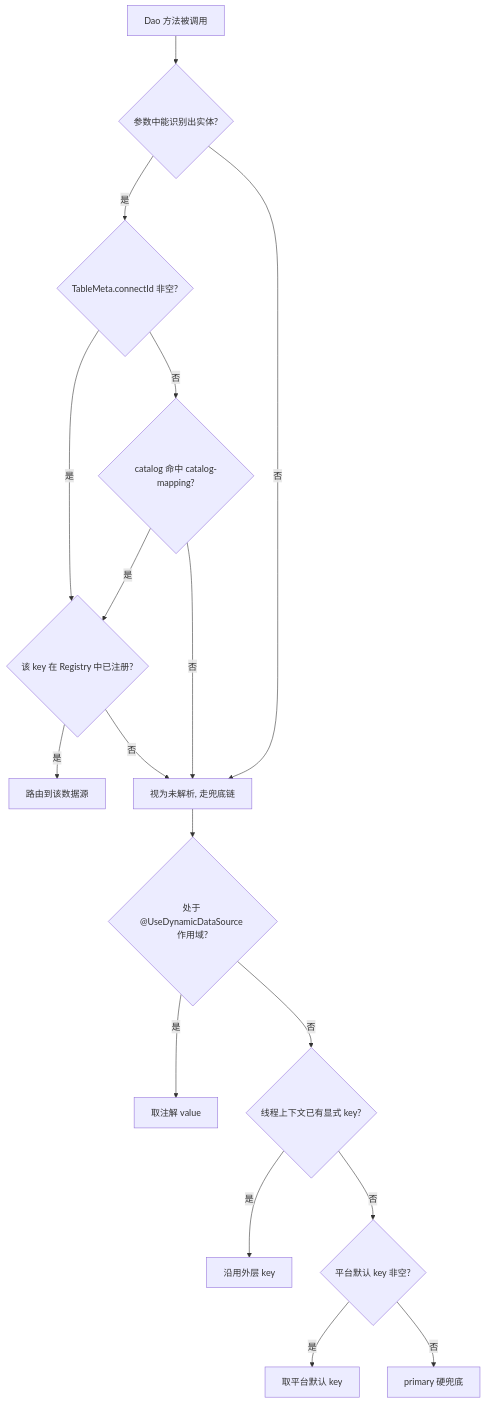
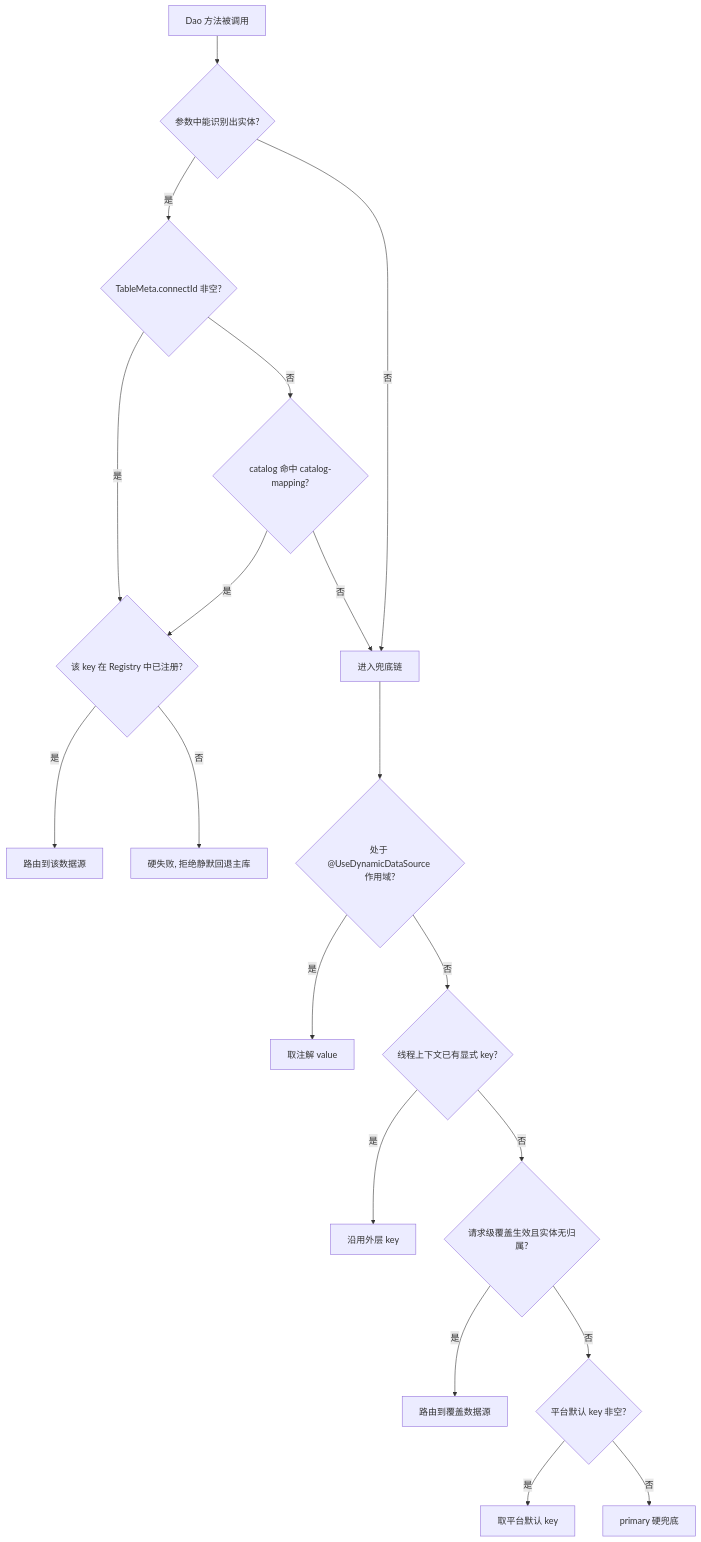
The diagram in website/official-docs/zh-cn/dynamic-datasource/entity-binding.md (geelato-projects/geelato-community-backend), drawn with Mermaid before and after one commit. The commit also changed other lines of this file and 42 other files, not shown here.

````diff
--- a/website/official-docs/zh-cn/dynamic-datasource/entity-binding.md
+++ b/website/official-docs/zh-cn/dynamic-datasource/entity-binding.md
@@ -144,19 +149,21 @@
 ```mermaid
 flowchart TD
     A[Dao 方法被调用] --> B{参数中能识别出实体?}
     B -- 是 --> C{TableMeta.connectId 非空?}
     C -- 是 --> D{该 key 在 Registry 中已注册?}
     D -- 是 --> E[路由到该数据源]
-    D -- 否 --> F[视为未解析, 走兜底链]
+    D -- 否 --> X[硬失败, 拒绝静默回退主库]
     C -- 否 --> G{catalog 命中 catalog-mapping?}
     G -- 是 --> D
-    G -- 否 --> F
+    G -- 否 --> F[进入兜底链]
     B -- 否 --> F
     F --> H{处于 @UseDynamicDataSource 作用域?}
     H -- 是 --> I[取注解 value]
     H -- 否 --> J{线程上下文已有显式 key?}
     J -- 是 --> K[沿用外层 key]
-    J -- 否 --> L{平台默认 key 非空?}
+    J -- 否 --> O{请求级覆盖生效且实体无归属?}
+    O -- 是 --> P[路由到覆盖数据源]
+    O -- 否 --> L{平台默认 key 非空?}
     L -- 是 --> M[取平台默认 key]
     L -- 否 --> N[primary 硬兜底]
 ```
````
